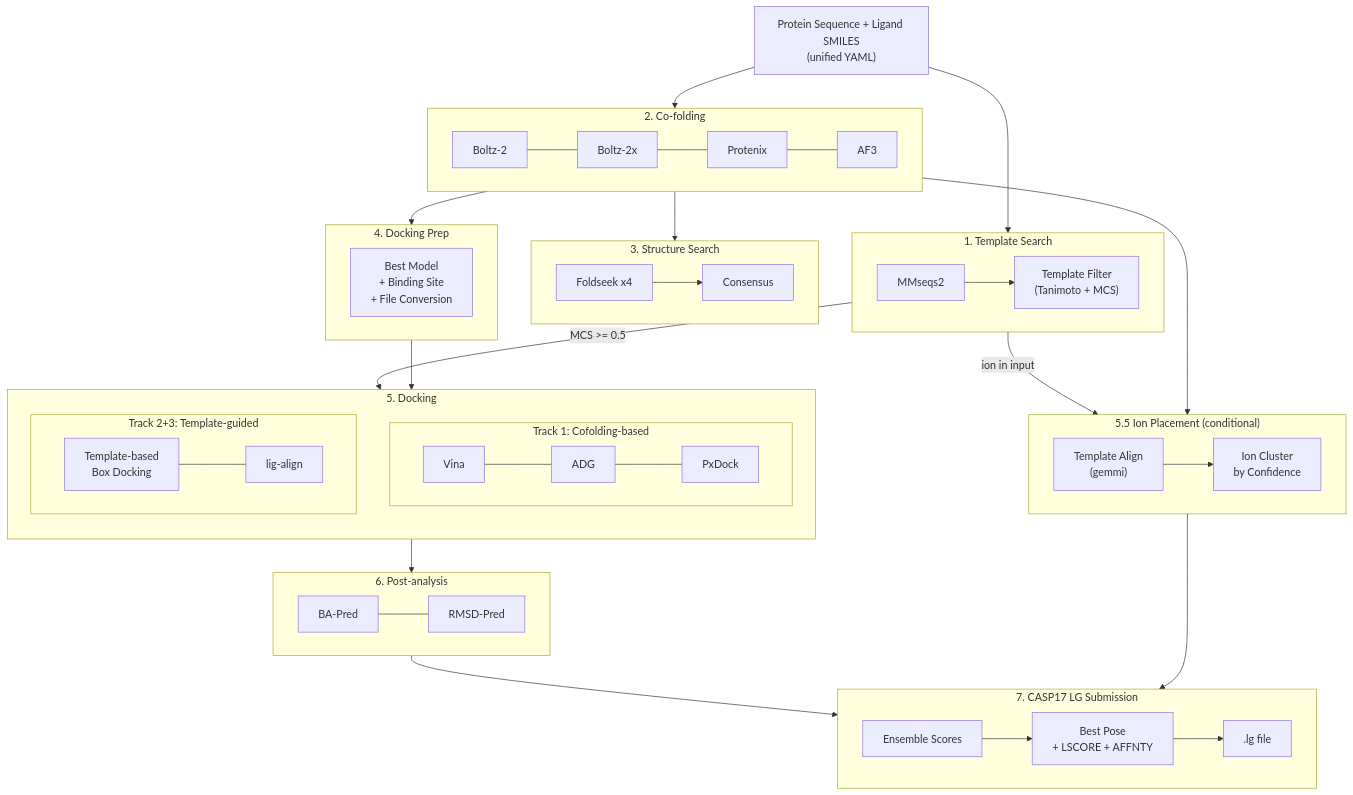
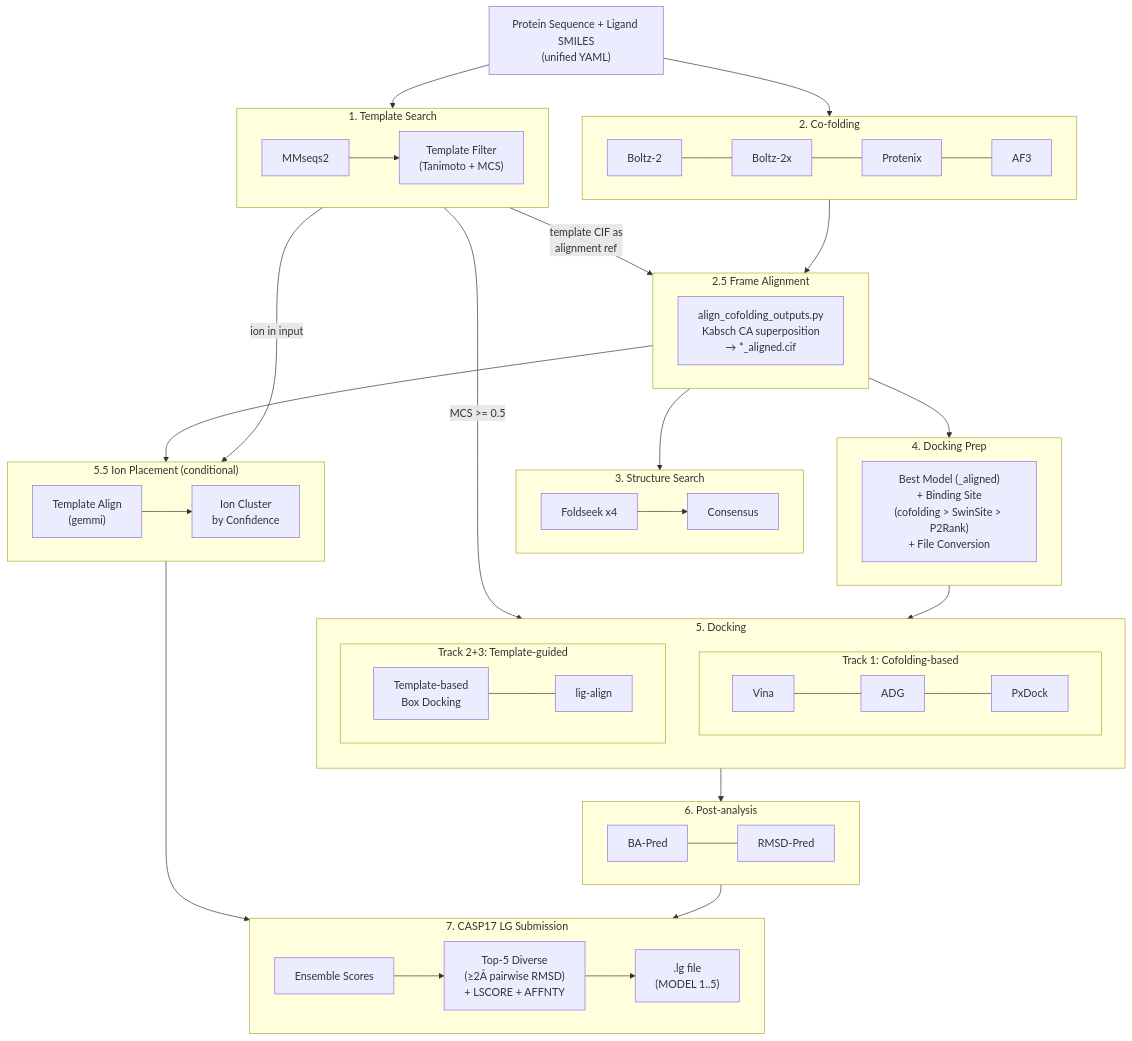
The first of 23 diagrams in docs/pipeline.md (eightmm/mosaic-pl), drawn with Mermaid before and after one commit. The commit also changed other lines of this file, not shown here.

First line of the commit message:
docs: update pipeline.md for frame alignment, cofolding box center, top-5 diverse submission

````diff
--- a/docs/pipeline.md
+++ b/docs/pipeline.md
@@ -5,57 +5,63 @@
 ```mermaid
 flowchart TB
     INPUT["Protein Sequence + Ligand SMILES\n(unified YAML)"]
 
     subgraph S1["1. Template Search"]
         B1["MMseqs2"] --> B2["Template Filter\n(Tanimoto + MCS)"]
     end
 
     subgraph S2["2. Co-folding"]
         direction LR
         C1["Boltz-2"] --- C2["Boltz-2x"] --- C3["Protenix"] --- C4["AF3"]
     end
 
+    subgraph S25["2.5 Frame Alignment"]
+        AL["align_cofolding_outputs.py\nKabsch CA superposition\n→ *_aligned.cif"]
+    end
+
     subgraph S3["3. Structure Search"]
         D1["Foldseek x4"] --> D2["Consensus"]
     end
 
     subgraph S4["4. Docking Prep"]
-        E1["Best Model\n+ Binding Site\n+ File Conversion"]
+        E1["Best Model (_aligned)\n+ Binding Site\n(cofolding > SwinSite > P2Rank)\n+ File Conversion"]
     end
 
     subgraph S5["5. Docking"]
         direction TB
         subgraph T1["Track 1: Cofolding-based"]
             direction LR
             F1["Vina"] --- F2["ADG"] --- F3["PxDock"]
         end
         subgraph T23["Track 2+3: Template-guided"]
             direction LR
             F4["Template-based\nBox Docking"] --- F5["lig-align"]
         end
     end
 
     subgraph S55["5.5 Ion Placement (conditional)"]
         direction LR
         I1["Template Align\n(gemmi)"] --> I2["Ion Cluster\nby Confidence"]
     end
 
     subgraph S6["6. Post-analysis"]
         direction LR
         G1["BA-Pred"] --- G2["RMSD-Pred"]
     end
 
     subgraph S7["7. CASP17 LG Submission"]
         direction LR
-        SS1["Ensemble Scores"] --> SS2["Best Pose\n+ LSCORE + AFFNTY"] --> SS3[".lg file"]
+        SS1["Ensemble Scores"] --> SS2["Top-5 Diverse\n(≥2Å pairwise RMSD)\n+ LSCORE + AFFNTY"] --> SS3[".lg file\n(MODEL 1..5)"]
     end
 
     INPUT --> S1 & S2
+    S2 --> S25
+    S1 -->|"template CIF as\nalignment ref"| S25
+    S25 --> S3
+    S25 --> S4 --> T1
     S1 -->|"MCS >= 0.5"| T23
-    S2 --> S3
-    S2 --> S4 --> T1
     S1 -->|"ion in input"| S55
-    S2 --> S55
+    S25 --> S55
     S5 --> S6 --> S7
     S55 --> S7
 ```
````
